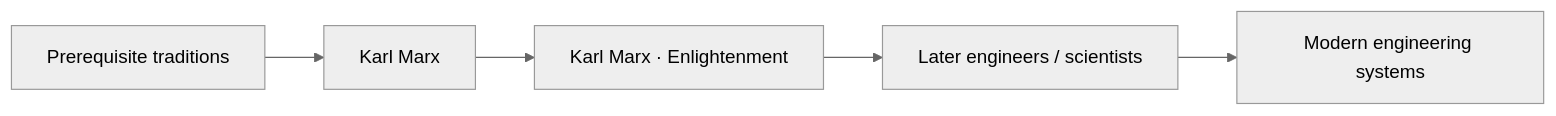
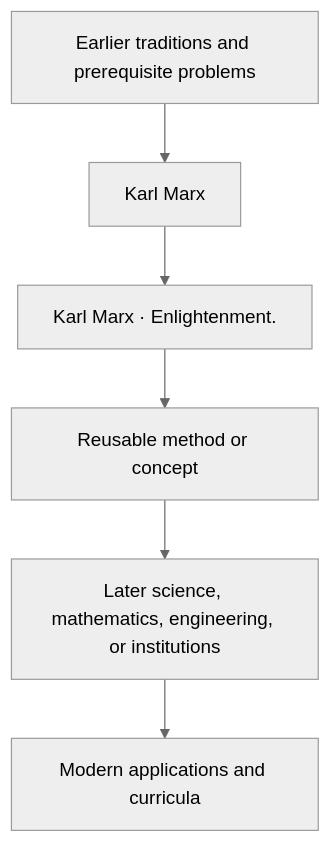
Before and after one commit to via-decide/ViaLogic: the diagram in docs/history/karl-marx/influence.md, drawn with Mermaid (neutral theme). The commit also changed other lines of this file and 858 other files, not shown here.

````diff
--- a/docs/history/karl-marx/influence.md
+++ b/docs/history/karl-marx/influence.md
@@ -29,7 +16,8 @@
 ```mermaid
-graph LR
-  prerequisites["Prerequisite traditions"] --> current["Karl Marx"]
-  current --> contribution["Karl Marx · Enlightenment"]
-  contribution --> successors["Later engineers / scientists"]
-  successors --> modern["Modern engineering systems"]
+graph TD
+  Prior[Earlier traditions and prerequisite problems] --> Person[Karl Marx]
+  Person --> Contribution[Karl Marx · Enlightenment.]
+  Contribution --> Method[Reusable method or concept]
+  Method --> Later[Later science, mathematics, engineering, or institutions]
+  Later --> Modern[Modern applications and curricula]
 ```
````
